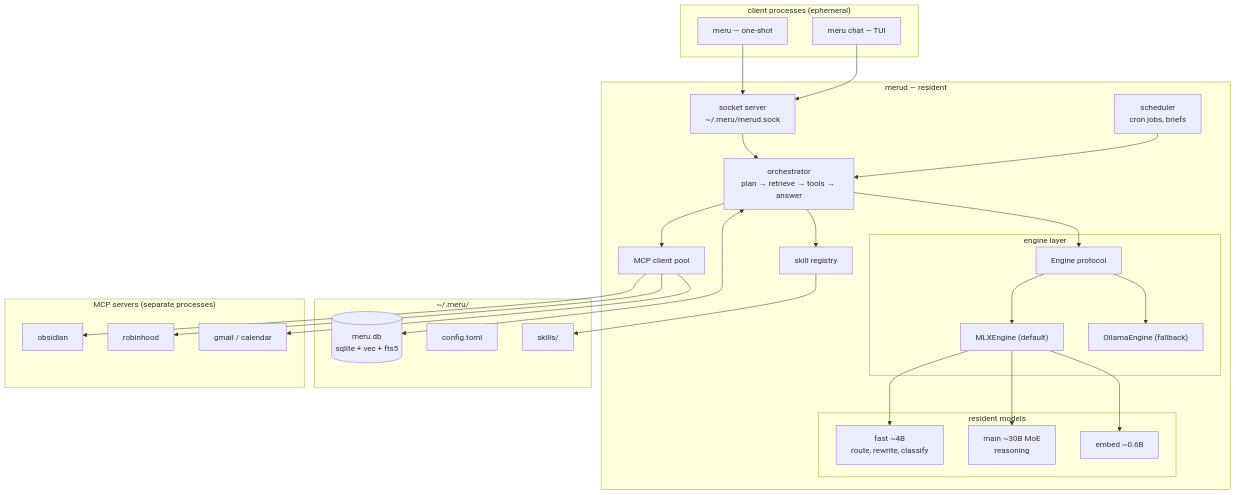
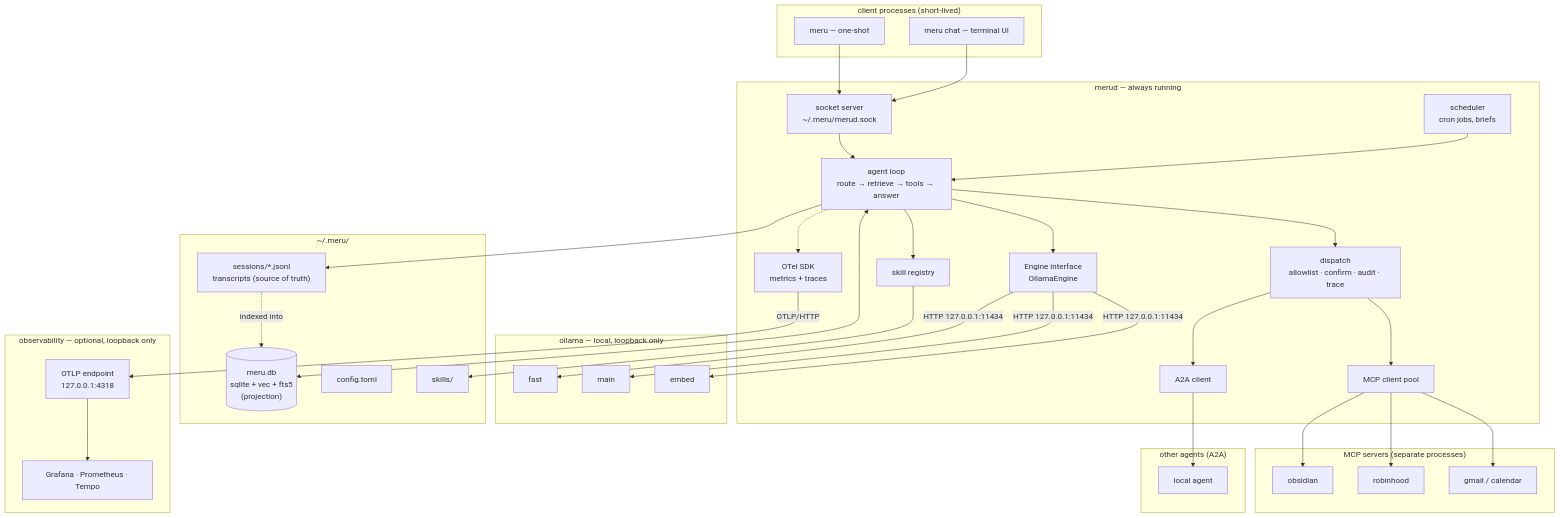
The first of 5 diagrams in ARCHITECTURE.md (aarora79/meru), drawn with Mermaid before and after one commit. The commit also changed other lines of this file and 27 other files, not shown here.

First line of the commit message:
Design: Go rewrite, full architecture, docs site and repo skills

````diff
--- a/ARCHITECTURE.md
+++ b/ARCHITECTURE.md
@@ -36,53 +82,66 @@
 ```mermaid
 flowchart TB
-    subgraph client["client processes (ephemeral)"]
+    subgraph client["client processes (short-lived)"]
         CLI["meru — one-shot"]
-        TUI["meru chat — TUI"]
+        TUI["meru chat — terminal UI"]
     end
 
-    subgraph daemon["merud — resident"]
+    subgraph daemon["merud — always running"]
         RPC["socket server<br/>~/.meru/merud.sock"]
-        ORCH["orchestrator<br/>plan → retrieve → tools → answer"]
+        LOOP["agent loop<br/>route → retrieve → tools → answer"]
         SCHED["scheduler<br/>cron jobs, briefs"]
+        EP["Engine interface<br/>OllamaEngine"]
+        DISP["dispatch<br/>allowlist · confirm · audit · trace"]
+        MCPC["MCP client pool"]
+        A2AC["A2A client"]
+        SKILLS["skill registry"]
+        OTEL["OTel SDK<br/>metrics + traces"]
+    end
 
-        subgraph engines["engine layer"]
-            EP["Engine protocol"]
-            MLX["MLXEngine (default)"]
-            OLL["OllamaEngine (fallback)"]
-        end
-
-        subgraph models["resident models"]
-            FAST["fast ~4B<br/>route, rewrite, classify"]
-            MAIN["main ~30B MoE<br/>reasoning"]
-            EMB["embed ~0.6B"]
-        end
-
-        MCPC["MCP client pool"]
-        SKILLS["skill registry"]
+    subgraph ollama["ollama — local, loopback only"]
+        FAST["fast"]
+        MAIN["main"]
+        EMB["embed"]
     end
 
     subgraph store["~/.meru/"]
-        DB[("meru.db<br/>sqlite + vec + fts5")]
+        SESS["sessions/*.jsonl<br/>transcripts (source of truth)"]
+        DB[("meru.db<br/>sqlite + vec + fts5<br/>(projection)")]
         CFG["config.toml"]
         SKD["skills/"]
     end
 
     subgraph ext["MCP servers (separate processes)"]
         S1["obsidian"]
         S2["robinhood"]
         S3["gmail / calendar"]
     end
 
+    subgraph agents["other agents (A2A)"]
+        AG1["local agent"]
+    end
+
+    subgraph obs["observability — optional, loopback only"]
+        COL["OTLP endpoint<br/>127.0.0.1:4318"]
+        GRAF["Grafana · Prometheus · Tempo"]
+    end
+
     CLI --> RPC
     TUI --> RPC
-    RPC --> ORCH
-    SCHED --> ORCH
-    ORCH --> EP
-    EP --> MLX & OLL
-    MLX --> FAST & MAIN & EMB
-    ORCH --> MCPC
-    ORCH --> SKILLS
-    ORCH <--> DB
+    RPC --> LOOP
+    SCHED --> LOOP
+    LOOP --> EP
+    EP -- "HTTP 127.0.0.1:11434" --> FAST & MAIN & EMB
+    LOOP --> DISP
+    DISP --> MCPC & A2AC
+    MCPC --> S1 & S2 & S3
+    A2AC --> AG1
+    LOOP --> SKILLS
     SKILLS --> SKD
-    MCPC --> S1 & S2 & S3
+    LOOP --> SESS
+    SESS -. "indexed into" .-> DB
+    LOOP <--> DB
+    LOOP -.-> OTEL
+    OTEL -- "OTLP/HTTP" --> COL
+    COL --> GRAF
 ```
````
